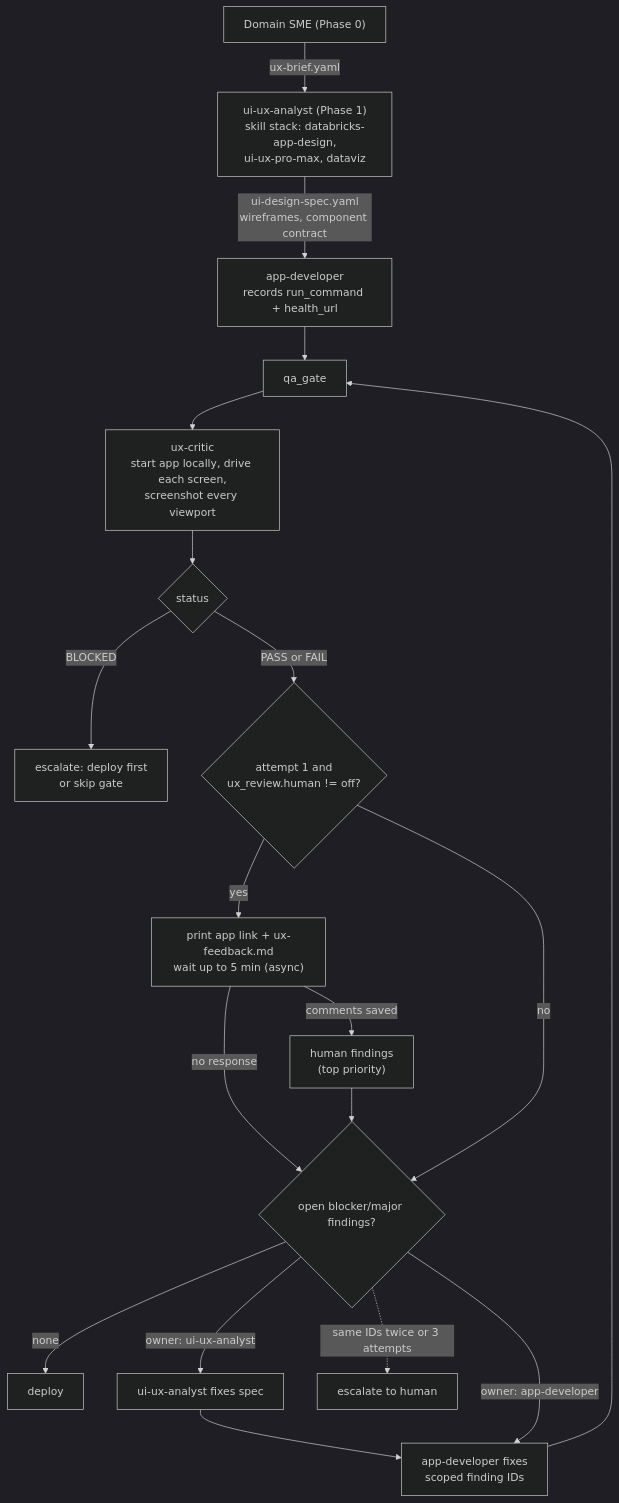
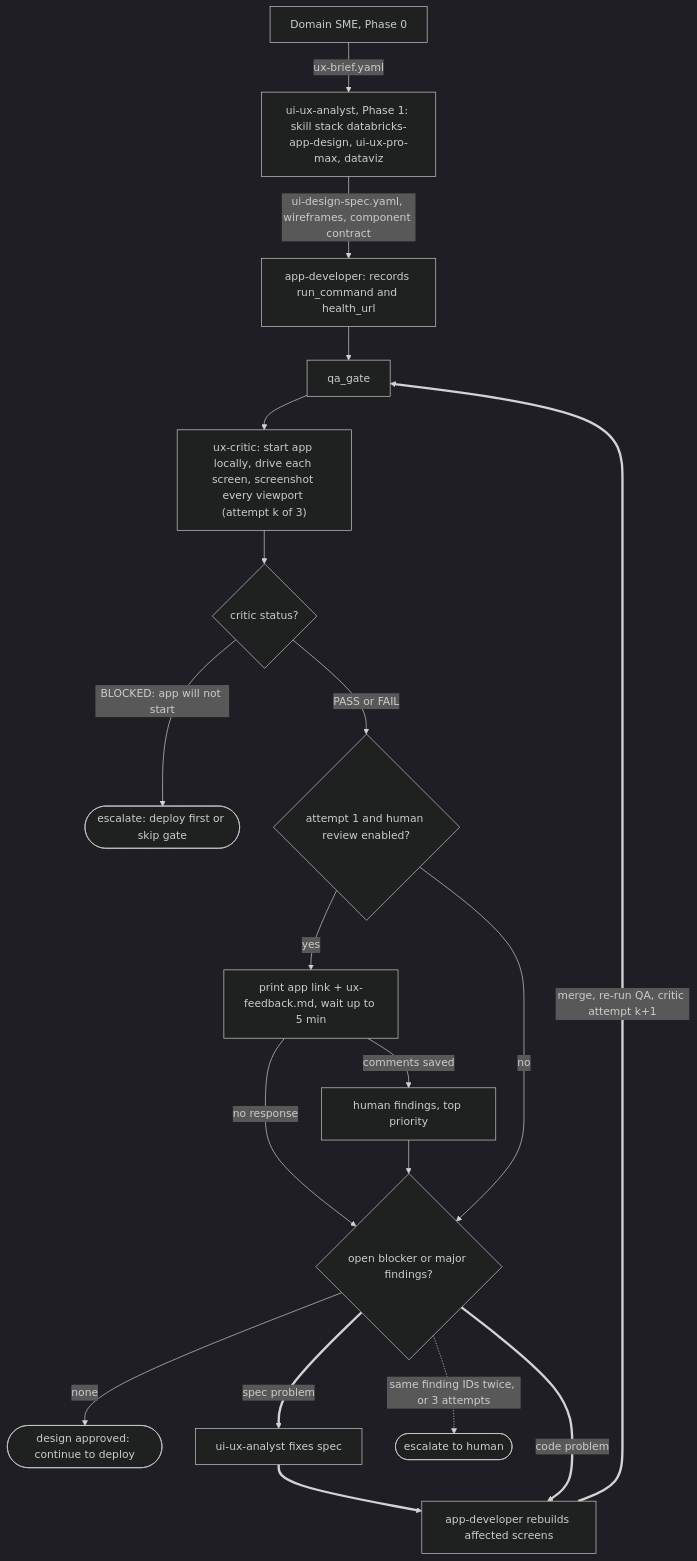
Before and after one commit to jesusr-db/agent_team: the fourth of 6 diagrams in docs/workflow.md, drawn with Mermaid (dark theme). The commit also changed other lines of this file, not shown here.

First line of the commit message:
docs: fix workflow diagrams and show iteration loops

````diff
--- a/docs/workflow.md
+++ b/docs/workflow.md
@@ -64,20 +67,21 @@
 ```mermaid
 flowchart TD
-    SME["Domain SME (Phase 0)"] -->|ux-brief.yaml| UX["ui-ux-analyst (Phase 1)<br/>skill stack: databricks-app-design,<br/>ui-ux-pro-max, dataviz"]
-    UX -->|"ui-design-spec.yaml<br/>wireframes, component contract"| APP["app-developer<br/>records run_command + health_url"]
-    APP --> QA[qa_gate]
-    QA --> CR["ux-critic<br/>start app locally, drive each screen,<br/>screenshot every viewport"]
-    CR --> V{status}
-    V -- BLOCKED --> ESC1["escalate: deploy first<br/>or skip gate"]
-    V -- "PASS or FAIL" --> HR{"attempt 1 and<br/>ux_review.human != off?"}
-    HR -- "yes" --> HUM["print app link + ux-feedback.md<br/>wait up to 5 min (async)"]
-    HUM -- "comments saved" --> HF["human findings<br/>(top priority)"]
-    HUM -- "no response" --> ROUTE
+    SME["Domain SME, Phase 0"] -->|"ux-brief.yaml"| UX["ui-ux-analyst, Phase 1: skill stack databricks-app-design, ui-ux-pro-max, dataviz"]
+    UX -->|"ui-design-spec.yaml, wireframes, component contract"| APP["app-developer: records run_command and health_url"]
+    APP --> QA["qa_gate"]
+    QA --> CR["ux-critic: start app locally, drive each screen, screenshot every viewport (attempt k of 3)"]
+    CR --> V{"critic status?"}
+    V -->|"BLOCKED: app will not start"| ESC1(["escalate: deploy first or skip gate"])
+    V -->|"PASS or FAIL"| HR{"attempt 1 and human review enabled?"}
+    HR -->|"yes"| HUM["print app link + ux-feedback.md, wait up to 5 min"]
+    HUM -->|"comments saved"| HF["human findings, top priority"]
+    HUM -->|"no response"| ROUTE
     HF --> ROUTE
-    HR -- no --> ROUTE{"open blocker/major findings?"}
-    ROUTE -- none --> DEP[deploy]
-    ROUTE -- "owner: ui-ux-analyst" --> UX2["ui-ux-analyst fixes spec"] --> APP2
-    ROUTE -- "owner: app-developer" --> APP2["app-developer fixes<br/>scoped finding IDs"]
-    APP2 --> QA
-    ROUTE -. "same IDs twice or 3 attempts" .-> ESC2["escalate to human"]
+    HR -->|"no"| ROUTE{"open blocker or major findings?"}
+    ROUTE -->|"none"| DEP(["design approved: continue to deploy"])
+    ROUTE ==>|"spec problem"| UX2["ui-ux-analyst fixes spec"]
+    UX2 ==> APP2["app-developer rebuilds affected screens"]
+    ROUTE ==>|"code problem"| APP2
+    APP2 ==>|"merge, re-run QA, critic attempt k+1"| QA
+    ROUTE -.->|"same finding IDs twice, or 3 attempts"| ESC2(["escalate to human"])
 ```
````
